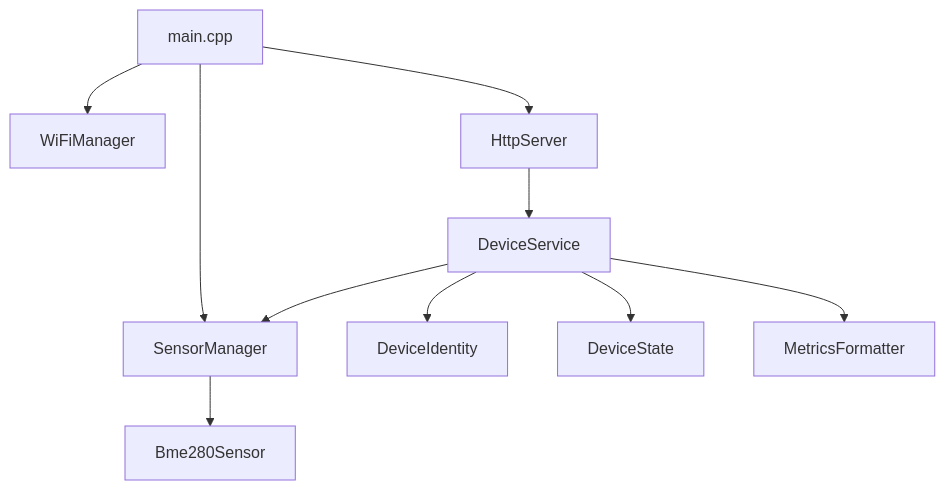
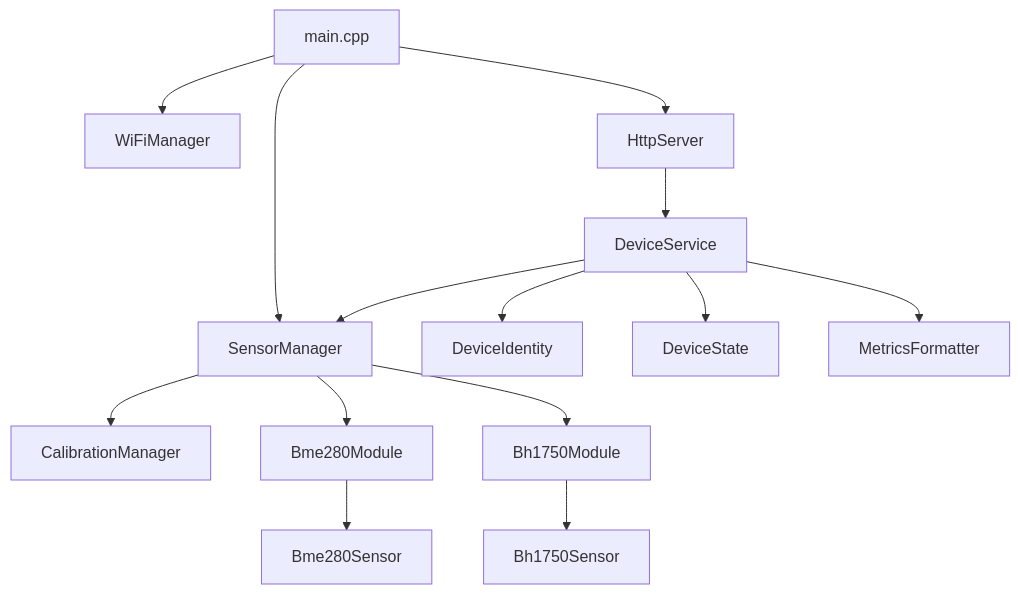
Before and after one commit to azargarov/esp32-weather-station: the diagram in README.md, drawn with Mermaid. The commit also changed other lines of this file, not shown here.

````diff
--- a/README.md
+++ b/README.md
@@ -54,14 +75,19 @@
 ```mermaid
 flowchart TD
     main[main.cpp] --> wifi[WiFiManager]
     main --> sensors[SensorManager]
     main --> http[HttpServer]
 
     http --> service[DeviceService]
     service --> identity[DeviceIdentity]
     service --> state[DeviceState]
     service --> metrics[MetricsFormatter]
     service --> sensors
 
-    sensors --> bme[Bme280Sensor]
+    sensors --> cal[CalibrationManager]
+    sensors --> bme[Bme280Module]
+    sensors --> lux[Bh1750Module]
+
+    bme --> bmeDriver[Bme280Sensor]
+    lux --> luxDriver[Bh1750Sensor]
 ```
````
